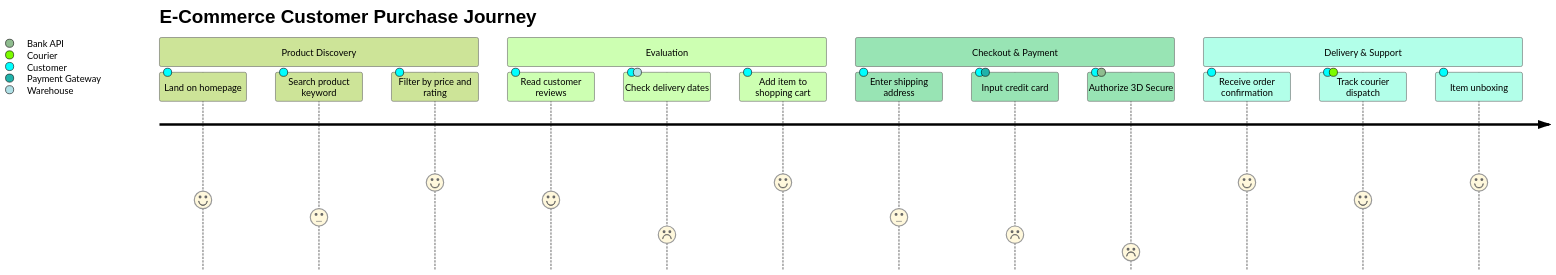
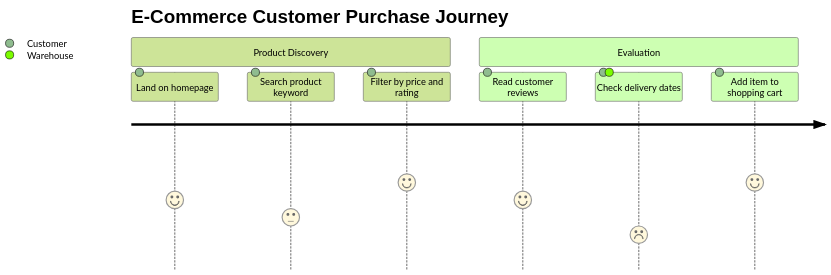
Before and after one commit to Mazchoo/Notezilla: diagram 33 of 46 in src/frontend/static/mermaid_help_manual.md, drawn with Mermaid (forest theme). The commit also changed other lines of this file and 4 other files, not shown here.

````diff
--- a/src/frontend/static/mermaid_help_manual.md
+++ b/src/frontend/static/mermaid_help_manual.md
@@ -960,20 +947,12 @@
 ```mermaid
 journey
     title E-Commerce Customer Purchase Journey
     section Product Discovery
       Land on homepage: 4: Customer
       Search product keyword: 3: Customer
       Filter by price and rating: 5: Customer
     section Evaluation
       Read customer reviews: 4: Customer
       Check delivery dates: 2: Customer, Warehouse
       Add item to shopping cart: 5: Customer
-    section Checkout & Payment
-      Enter shipping address: 3: Customer
-      Input credit card: 2: Customer, Payment Gateway
-      Authorize 3D Secure: 1: Customer, Bank API
-    section Delivery & Support
-      Receive order confirmation: 5: Customer
-      Track courier dispatch: 4: Customer, Courier
-      Item unboxing: 5: Customer
 ```
````
